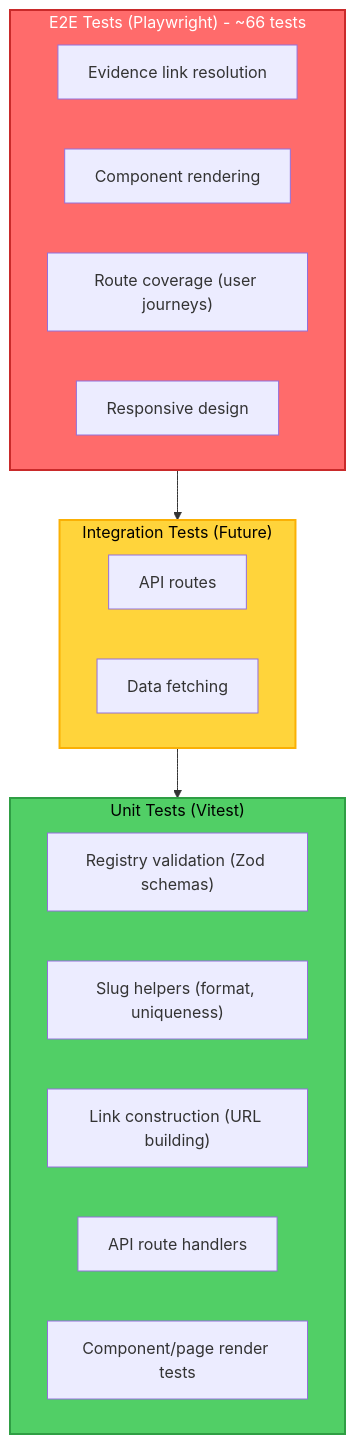
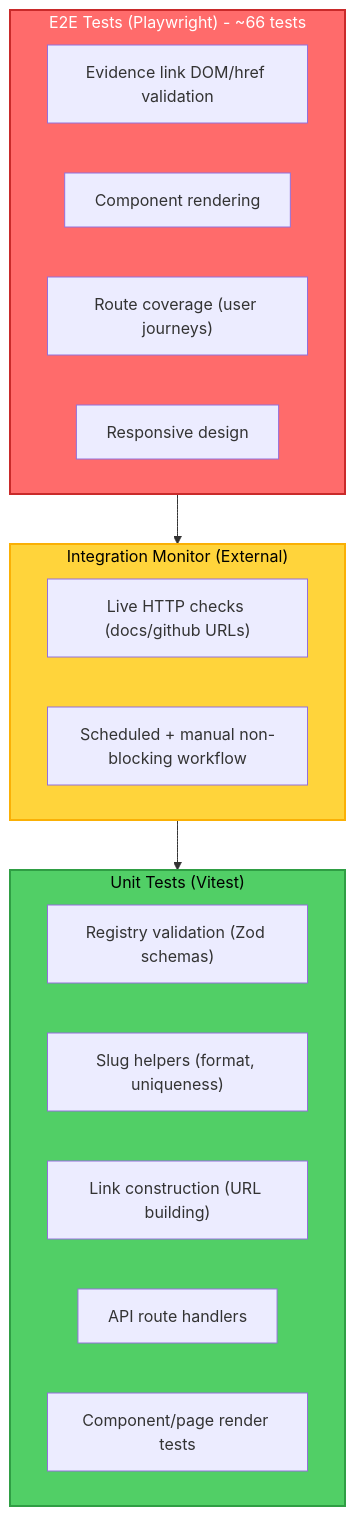
One commit to bryce-seefieldt/portfolio-docs changed the diagram in docs/70-reference/testing-guide.md. Above: the diagram before and after it, drawn with Mermaid. The commit also changed other lines of this file and 10 other files, not shown here.

Commit message:
docs(testing): align deterministic E2E vs external link monitor guidance

````diff
--- a/docs/70-reference/testing-guide.md
+++ b/docs/70-reference/testing-guide.md
@@ -26,29 +27,29 @@
 ```mermaid
 graph TB
     subgraph E2E["E2E Tests (Playwright) - ~66 tests"]
-        E1["Evidence link resolution"]
+    E1["Evidence link DOM/href validation"]
         E2["Component rendering"]
         E3["Route coverage (user journeys)"]
         E4["Responsive design"]
     end
 
-    subgraph INT["Integration Tests (Future)"]
-        I1["API routes"]
-        I2["Data fetching"]
+  subgraph INT["Integration Monitor (External)"]
+    I1["Live HTTP checks (docs/github URLs)"]
+    I2["Scheduled + manual non-blocking workflow"]
     end
 
     subgraph UNIT["Unit Tests (Vitest)"]
       U1["Registry validation (Zod schemas)"]
       U2["Slug helpers (format, uniqueness)"]
       U3["Link construction (URL building)"]
       U4["API route handlers"]
       U5["Component/page render tests"]
     end
 
     E2E --> INT
     INT --> UNIT
 
     style E2E fill:#ff6b6b,stroke:#c92a2a,stroke-width:2px,color:#fff
     style INT fill:#ffd43b,stroke:#fab005,stroke-width:2px,color:#000
     style UNIT fill:#51cf66,stroke:#2f9e44,stroke-width:2px,color:#000
 ```
````
